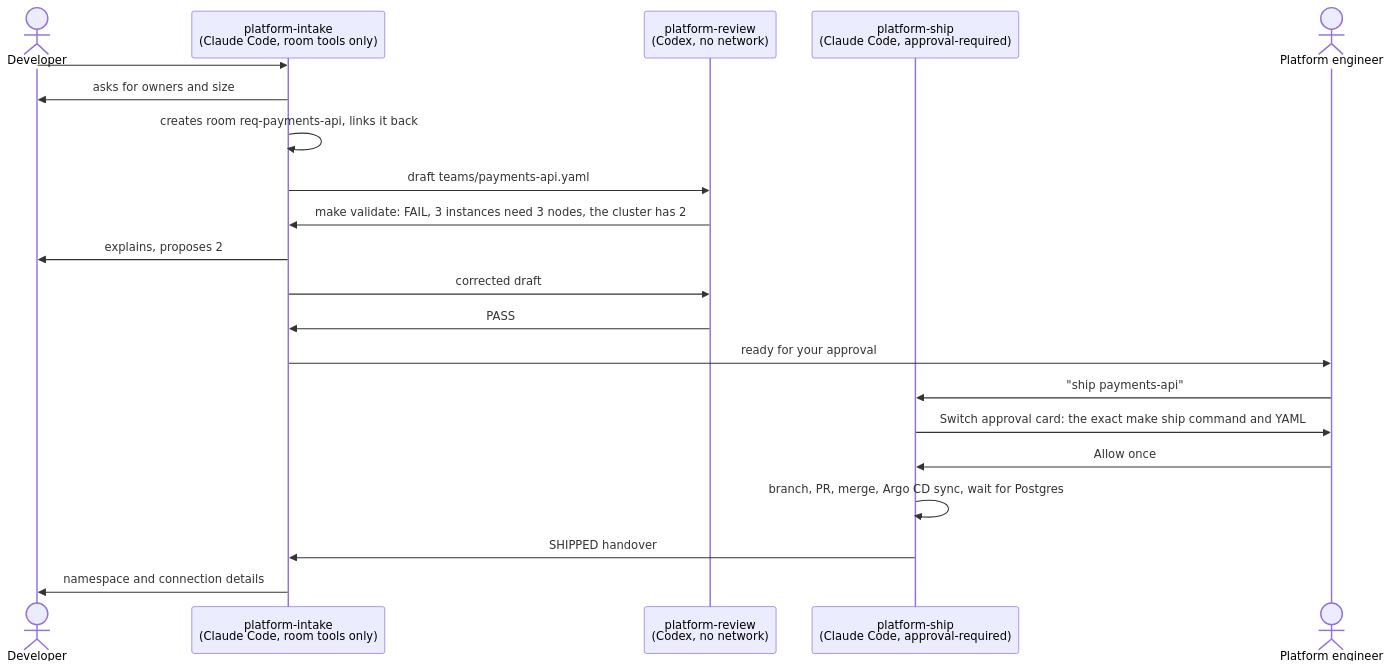
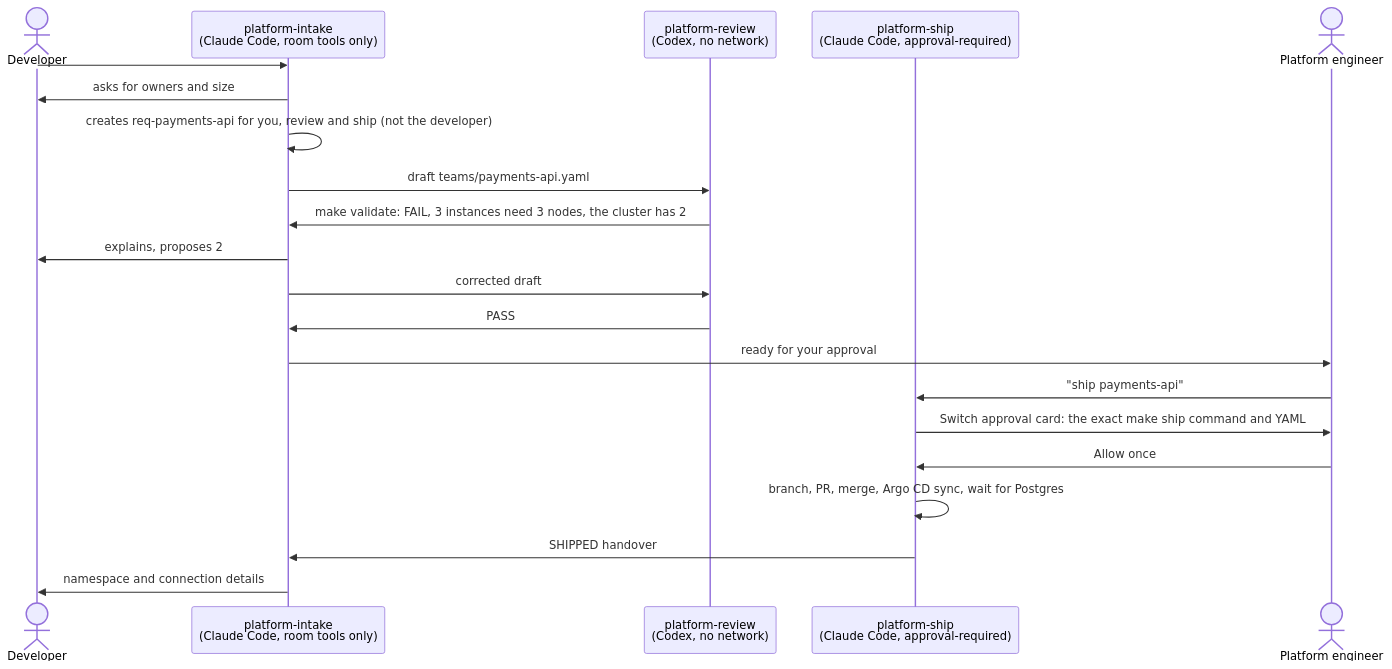
Before and after one commit to IstvanCsVarga/platform-desk: the diagram in README.md, drawn with Mermaid. The commit also changed other lines of this file and 2 other files, not shown here.

First line of the commit message:
Keep developers out of the request room

````diff
--- a/README.md
+++ b/README.md
@@ -17,23 +17,23 @@
 ```mermaid
 sequenceDiagram
   actor Dev as Developer
   participant I as platform-intake<br/>(Claude Code, room tools only)
   participant R as platform-review<br/>(Codex, no network)
   participant S as platform-ship<br/>(Claude Code, approval-required)
   actor PE as Platform engineer
   Dev->>I: #platform-requests: "namespace + Postgres for payments-api, 3 instances"
   I->>Dev: asks for owners and size
-  I->>I: creates room req-payments-api, links it back
+  I->>I: creates req-payments-api for you, review and ship (not the developer)
   I->>R: draft teams/payments-api.yaml
   R->>I: make validate: FAIL, 3 instances need 3 nodes, the cluster has 2
   I->>Dev: explains, proposes 2
   I->>R: corrected draft
   R->>I: PASS
   I->>PE: ready for your approval
   PE->>S: "ship payments-api"
   S->>PE: Switch approval card: the exact make ship command and YAML
   PE->>S: Allow once
   S->>S: branch, PR, merge, Argo CD sync, wait for Postgres
   S->>I: SHIPPED handover
   I->>Dev: namespace and connection details
 ```
````
